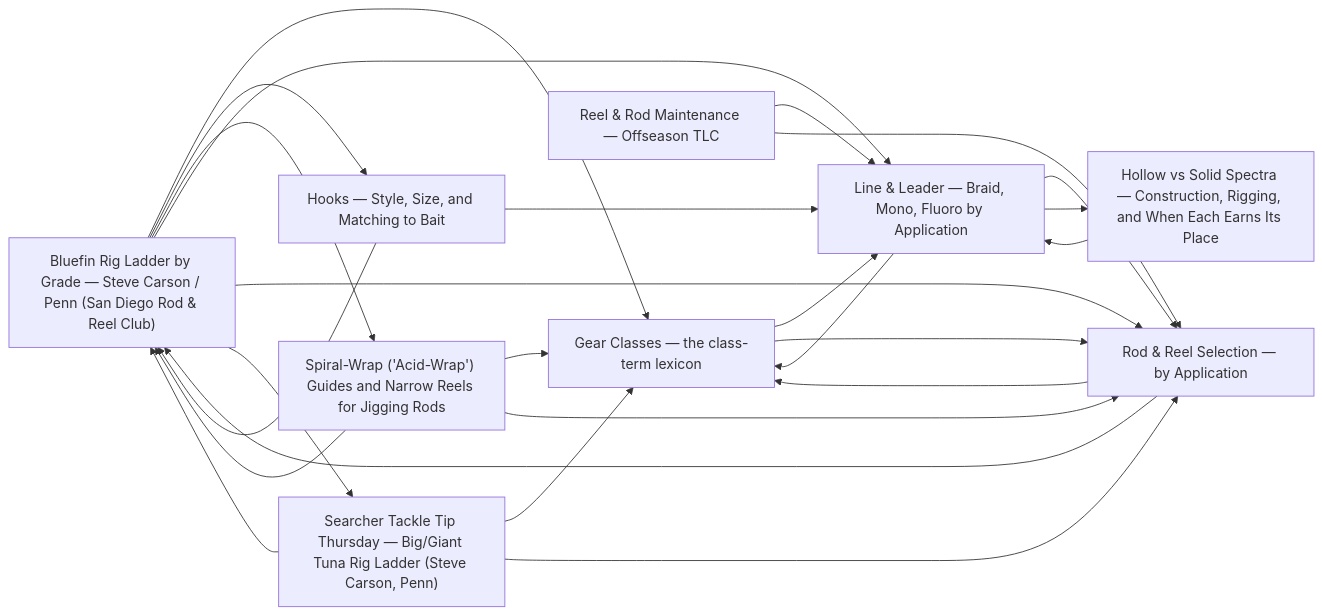
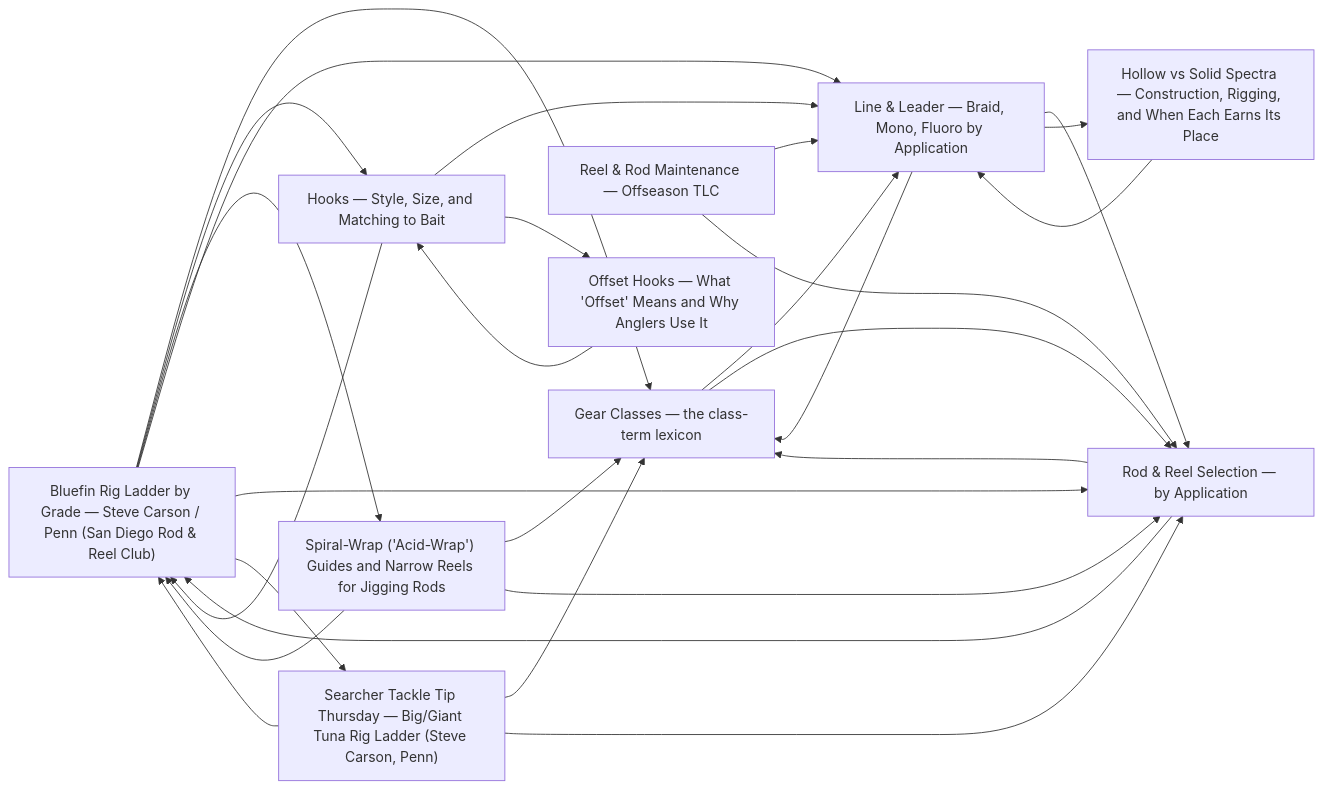
The diagram in tackle/README.md (camchuckpete-max/Socal-Fishing-Knowledge), drawn with Mermaid before and after one commit. The commit also changed other lines of this file and 3 other files, not shown here.

````diff
--- a/tackle/README.md
+++ b/tackle/README.md
@@ -22,36 +23,39 @@
 ```mermaid
 graph LR
   n0["Bluefin Rig Ladder by Grade — Steve Carson / Penn (San Diego Rod & Reel Club)"]
   n1["Gear Classes — the class-term lexicon"]
   n2["Hooks — Style, Size, and Matching to Bait"]
   n3["Spiral-Wrap ('Acid-Wrap') Guides and Narrow Reels for Jigging Rods"]
   n4["Line & Leader — Braid, Mono, Fluoro by Application"]
-  n5["Reel & Rod Maintenance — Offseason TLC"]
-  n6["Rod & Reel Selection — by Application"]
-  n7["Searcher Tackle Tip Thursday — Big/Giant Tuna Rig Ladder (Steve Carson, Penn)"]
-  n8["Hollow vs Solid Spectra — Construction, Rigging, and When Each Earns Its Place"]
+  n5["Offset Hooks — What 'Offset' Means and Why Anglers Use It"]
+  n6["Reel & Rod Maintenance — Offseason TLC"]
+  n7["Rod & Reel Selection — by Application"]
+  n8["Searcher Tackle Tip Thursday — Big/Giant Tuna Rig Ladder (Steve Carson, Penn)"]
+  n9["Hollow vs Solid Spectra — Construction, Rigging, and When Each Earns Its Place"]
   n0 --> n1
   n0 --> n2
   n0 --> n3
   n0 --> n4
-  n0 --> n6
   n0 --> n7
+  n0 --> n8
   n1 --> n4
-  n1 --> n6
+  n1 --> n7
   n2 --> n0
   n2 --> n4
+  n2 --> n5
   n3 --> n0
   n3 --> n1
-  n3 --> n6
+  n3 --> n7
   n4 --> n1
-  n4 --> n6
-  n4 --> n8
-  n5 --> n4
-  n5 --> n6
-  n6 --> n0
-  n6 --> n1
+  n4 --> n7
+  n4 --> n9
+  n5 --> n2
+  n6 --> n4
+  n6 --> n7
   n7 --> n0
   n7 --> n1
-  n7 --> n6
-  n8 --> n4
+  n8 --> n0
+  n8 --> n1
+  n8 --> n7
+  n9 --> n4
 ```
````
